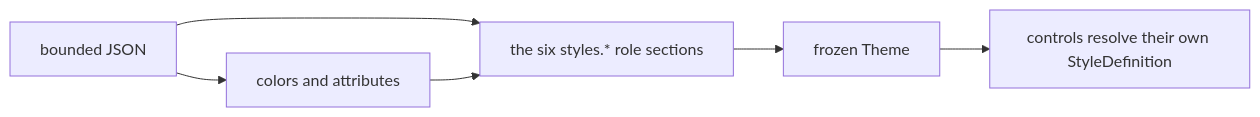
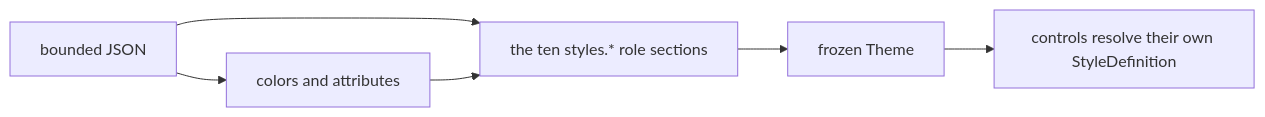
Before and after one commit to pavkam/sharp-vision: the first of 2 diagrams in docs/concepts/themes.md, drawn with Mermaid. The commit also changed other lines of this file and 67 other files, not shown here.

````diff
--- a/docs/concepts/themes.md
+++ b/docs/concepts/themes.md
@@ -11,8 +11,8 @@
 ```mermaid
 flowchart LR
     JSON["bounded JSON"] --> Values["colors and attributes"]
-    JSON --> Styles["the six styles.* role sections"]
+    JSON --> Styles["the ten styles.* role sections"]
     Values --> Styles
     Styles --> Theme["frozen Theme"]
     Theme --> Controls["controls resolve their own StyleDefinition"]
 ```
````
